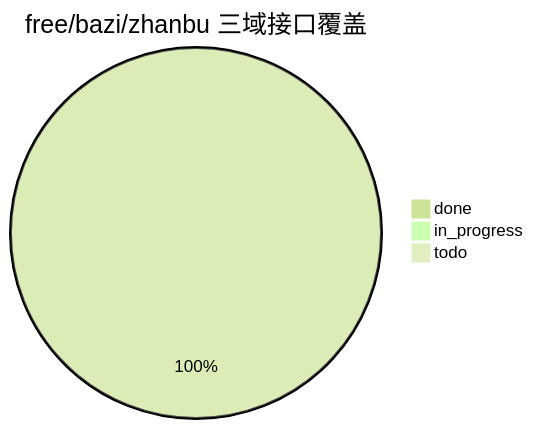
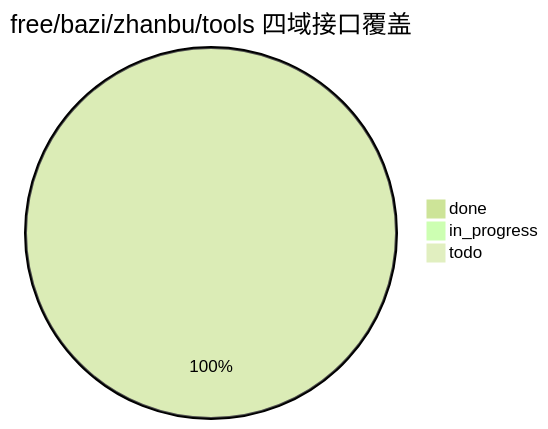
One commit to Scorpio69t/yuanfenju-go-sdk changed the diagram in docs/interface-catalog.md. Above: the diagram before and after it, drawn with Mermaid (forest theme). The commit also changed other lines of this file and 6 other files, not shown here.

````diff
--- a/docs/interface-catalog.md
+++ b/docs/interface-catalog.md
@@ -15,6 +15,6 @@
 ```mermaid
-pie title free/bazi/zhanbu 三域接口覆盖
-    "done" : 26
+pie title free/bazi/zhanbu/tools 四域接口覆盖
+    "done" : 29
     "in_progress" : 0
     "todo" : 0
 ```
````
